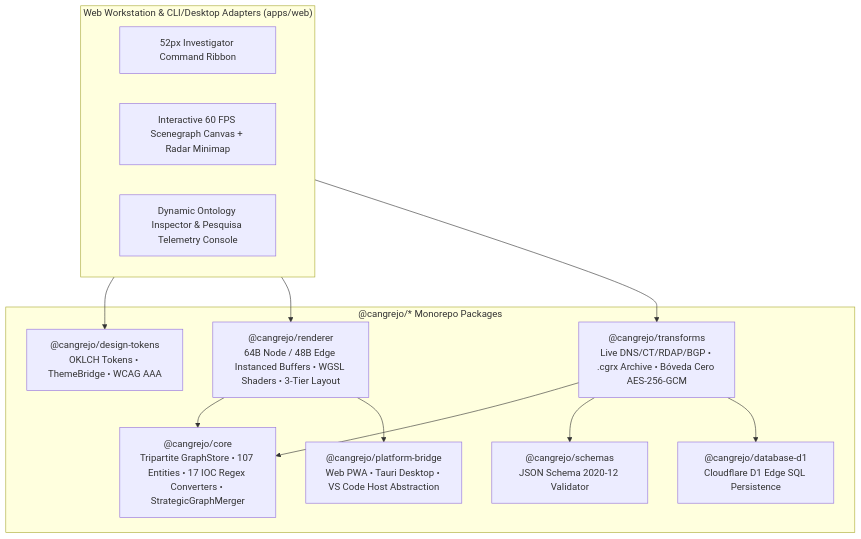
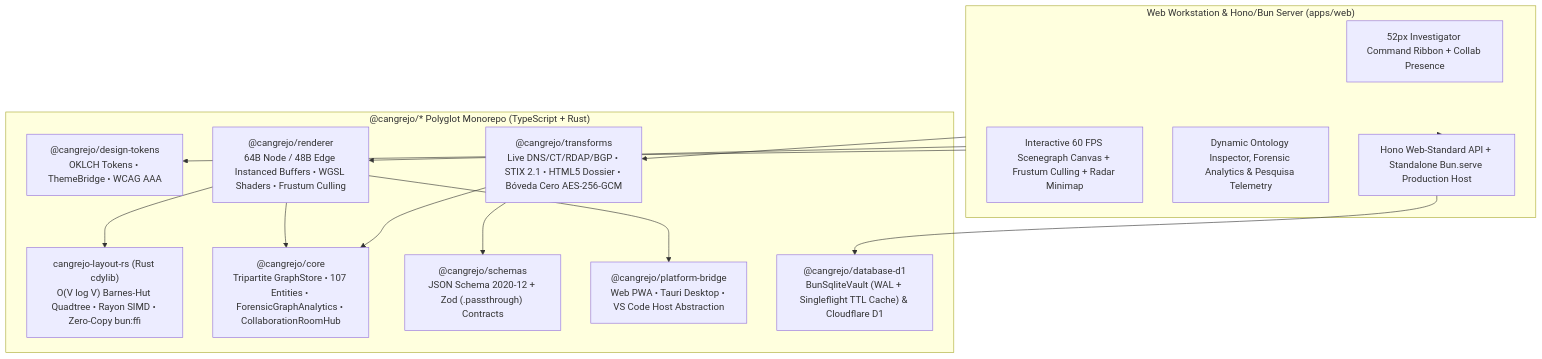
The diagram in README.md (davidcastilloc/cangrejo), drawn with Mermaid before and after one commit. The commit also changed other lines of this file and 4 other files, not shown here.

Commit message:
docs: synchronize CI workflow, architecture, changelog and READMEs with Gates 0-6 (19 moon tasks, 9 polyglot projects)

````diff
--- a/README.md
+++ b/README.md
@@ -56,27 +56,31 @@
 ```mermaid
 flowchart TD
-  subgraph UI["Web Workstation & CLI/Desktop Adapters (apps/web)"]
-    Ribbon["52px Investigator Command Ribbon"]
-    CanvasUI["Interactive 60 FPS Scenegraph Canvas + Radar Minimap"]
-    Inspector["Dynamic Ontology Inspector & Pesquisa Telemetry Console"]
+  subgraph UI["Web Workstation & Hono/Bun Server (apps/web)"]
+    Ribbon["52px Investigator Command Ribbon + Collab Presence"]
+    CanvasUI["Interactive 60 FPS Scenegraph Canvas + Frustum Culling + Radar Minimap"]
+    Inspector["Dynamic Ontology Inspector, Forensic Analytics & Pesquisa Telemetry"]
+    HonoAPI["Hono Web-Standard API + Standalone Bun.serve Production Host"]
   end
 
-  subgraph Packages["@cangrejo/* Monorepo Packages"]
+  subgraph Packages["@cangrejo/* Polyglot Monorepo (TypeScript + Rust)"]
     Tokens["@cangrejo/design-tokens\nOKLCH Tokens • ThemeBridge • WCAG AAA"]
-    Renderer["@cangrejo/renderer\n64B Node / 48B Edge Instanced Buffers • WGSL Shaders • 3-Tier Layout"]
-    Transforms["@cangrejo/transforms\nLive DNS/CT/RDAP/BGP • .cgrx Archive • Bóveda Cero AES-256-GCM"]
-    Core["@cangrejo/core\nTripartite GraphStore • 107 Entities • 17 IOC Regex Converters • StrategicGraphMerger"]
-    Schemas["@cangrejo/schemas\nJSON Schema 2020-12 Validator"]
+    Renderer["@cangrejo/renderer\n64B Node / 48B Edge Instanced Buffers • WGSL Shaders • Frustum Culling"]
+    LayoutRS["cangrejo-layout-rs (Rust cdylib)\nO(V log V) Barnes-Hut Quadtree • Rayon SIMD • Zero-Copy bun:ffi"]
+    Transforms["@cangrejo/transforms\nLive DNS/CT/RDAP/BGP • STIX 2.1 • HTML5 Dossier • Bóveda Cero AES-256-GCM"]
+    Core["@cangrejo/core\nTripartite GraphStore • 107 Entities • ForensicGraphAnalytics • CollaborationRoomHub"]
+    Schemas["@cangrejo/schemas\nJSON Schema 2020-12 + Zod (.passthrough) Contracts"]
     Bridge["@cangrejo/platform-bridge\nWeb PWA • Tauri Desktop • VS Code Host Abstraction"]
-    D1["@cangrejo/database-d1\nCloudflare D1 Edge SQL Persistence"]
+    D1["@cangrejo/database-d1\nBunSqliteVault (WAL + Singleflight TTL Cache) & Cloudflare D1"]
   end
 
   UI --> Tokens
   UI --> Renderer
   UI --> Transforms
+  UI --> HonoAPI
   Renderer --> Core
+  Renderer --> LayoutRS
   Transforms --> Core
   Transforms --> Schemas
   Renderer --> Bridge
-  Transforms --> D1
+  HonoAPI --> D1
 ```
````
